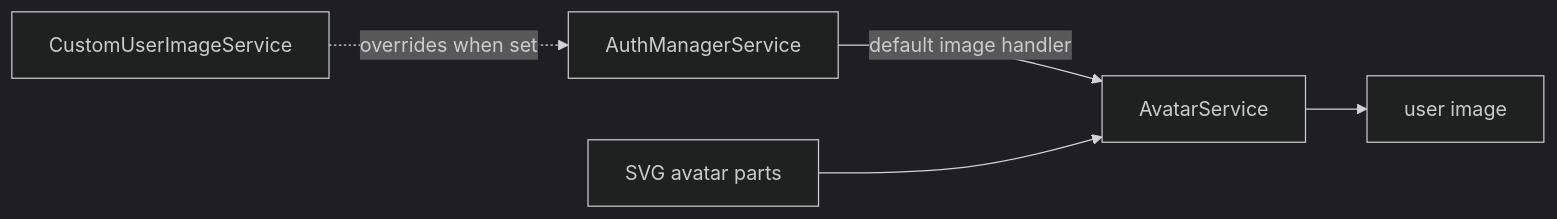
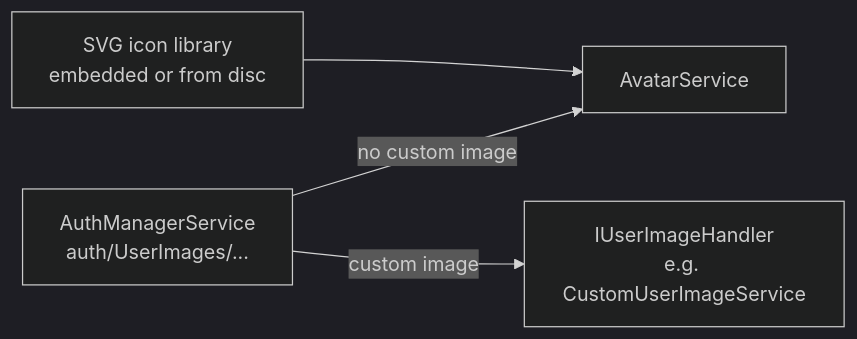
The diagram in SysWeaver.MicroService.Avatar/README.md (dosh1974/SysWeaver), drawn with Mermaid (dark theme) before and after one commit. The commit also changed other lines of this file and 532 other files, not shown here.

````diff
--- a/SysWeaver.MicroService.Avatar/README.md
+++ b/SysWeaver.MicroService.Avatar/README.md
@@ -18,7 +18,6 @@
 ```mermaid
 flowchart LR
-  AM["AuthManagerService"] -->|default image handler| Av["AvatarService"]
-  Parts["SVG avatar parts"] --> Av
-  Av --> Img["user image"]
-  Custom["CustomUserImageService"] -.->|overrides when set| AM
+  AM["AuthManagerService<br/>auth/UserImages/..."] -->|"no custom image"| Av["AvatarService"]
+  AM -->|"custom image"| Custom["IUserImageHandler<br/>e.g. CustomUserImageService"]
+  Parts["SVG icon library<br/>embedded or from disc"] --> Av
 ```
````
